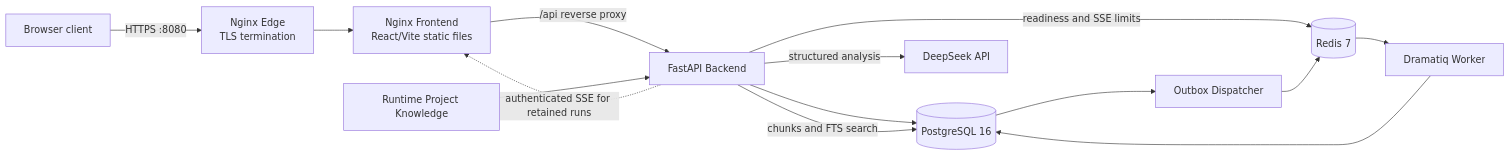
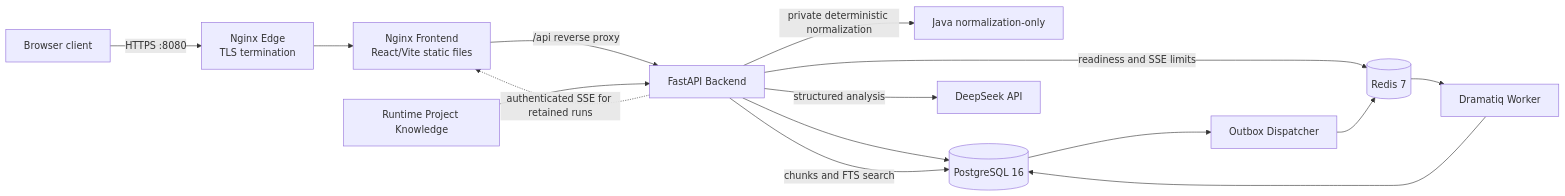
Before and after one commit to HKJoker-Z/personal-job-agent: the diagram in README.md, drawn with Mermaid. The commit also changed other lines of this file and 37 other files, not shown here.

````diff
--- a/README.md
+++ b/README.md
@@ -217,16 +215,17 @@
 ```mermaid
 flowchart LR
     Client[Browser client] -->|HTTPS :8080| Edge[Nginx Edge<br/>TLS termination]
     Edge --> Web[Nginx Frontend<br/>React/Vite static files]
     Web -->|/api reverse proxy| API[FastAPI Backend]
+    API -->|private deterministic normalization| Java[Java normalization-only]
     API --> DB[(PostgreSQL 16)]
     API -->|readiness and SSE limits| Redis[(Redis 7)]
     API -->|structured analysis| DeepSeek[DeepSeek API]
     Runtime[Runtime Project Knowledge] --> API
     API -->|chunks and FTS search| DB
     DB --> Outbox[Outbox Dispatcher]
     Outbox --> Redis
     Redis --> Worker[Dramatiq Worker]
     Worker --> DB
     API -. authenticated SSE for retained runs .-> Web
 ```
````
